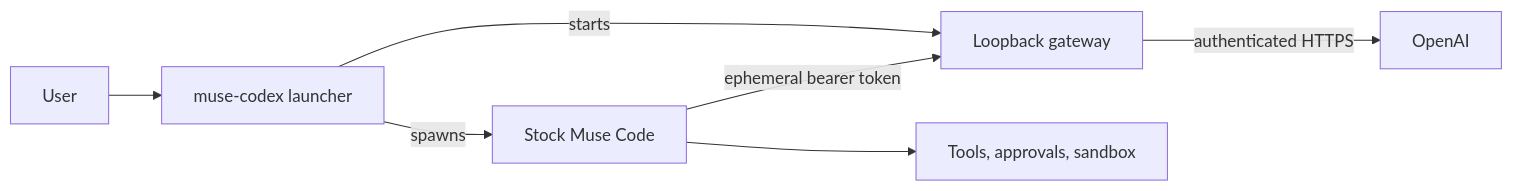
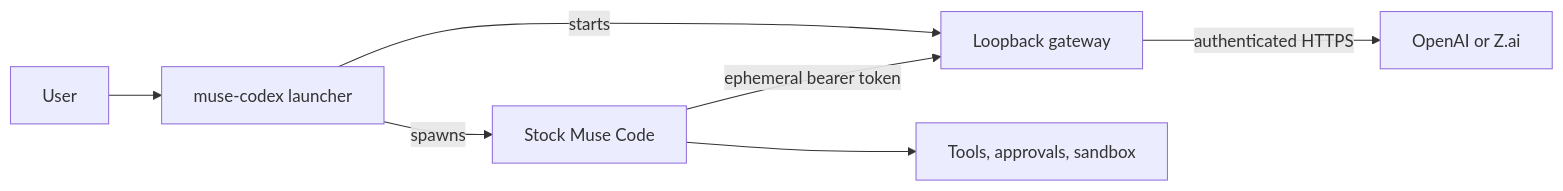
One commit to Srimi1/muse-codex changed the diagram in README.md. Above: the diagram before and after it, drawn with Mermaid. The commit also changed other lines of this file and 26 other files, not shown here.

````diff
--- a/README.md
+++ b/README.md
@@ -56,9 +56,9 @@
 ```mermaid
 flowchart LR
     U[User] --> L[muse-codex launcher]
     L -->|spawns| M[Stock Muse Code]
     L -->|starts| G[Loopback gateway]
     M -->|ephemeral bearer token| G
-    G -->|authenticated HTTPS| O[OpenAI]
+    G -->|authenticated HTTPS| O[OpenAI or Z.ai]
     M --> T[Tools, approvals, sandbox]
 ```
````
